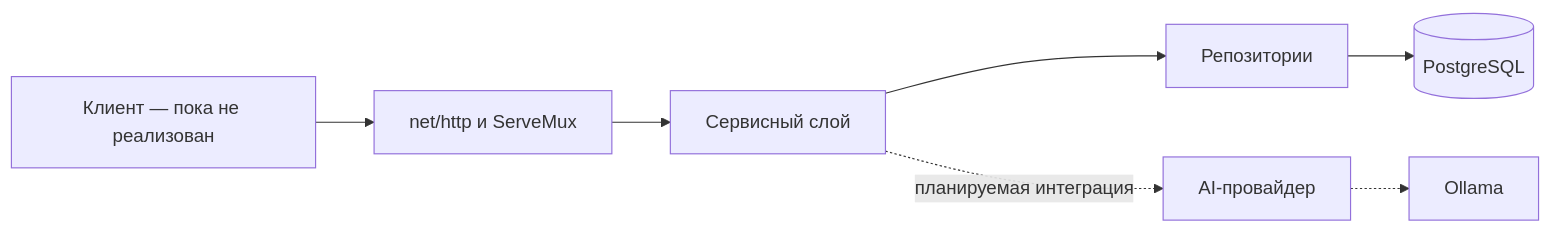
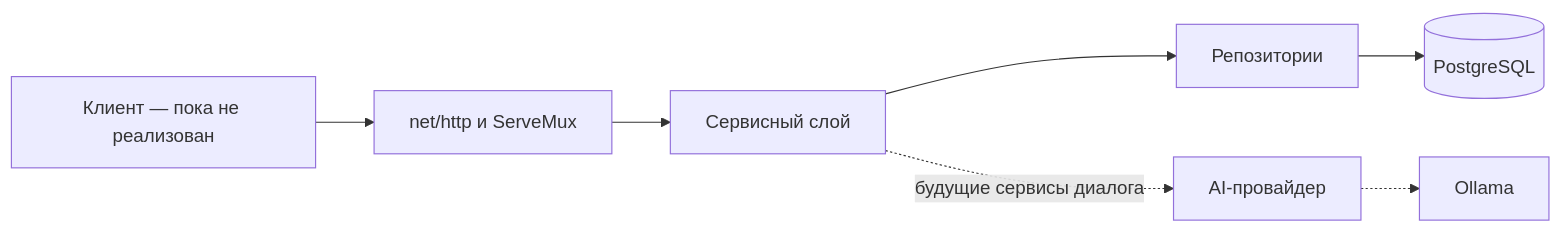
One commit to Codiki-lab/anti-scam-trainer changed the diagram in docs/02-architecture/README.md. Above: the diagram before and after it, drawn with Mermaid. The commit also changed other lines of this file and 11 other files, not shown here.

````diff
--- a/docs/02-architecture/README.md
+++ b/docs/02-architecture/README.md
@@ -7,9 +7,9 @@
 ```mermaid
 flowchart LR
     Client["Клиент — пока не реализован"] --> HTTP["net/http и ServeMux"]
     HTTP --> Services["Сервисный слой"]
     Services --> Repositories["Репозитории"]
     Repositories --> PostgreSQL[(PostgreSQL)]
-    Services -. "планируемая интеграция" .-> AI["AI-провайдер"]
+    Services -. "будущие сервисы диалога" .-> AI["AI-провайдер"]
     AI -.-> Ollama["Ollama"]
 ```
````
